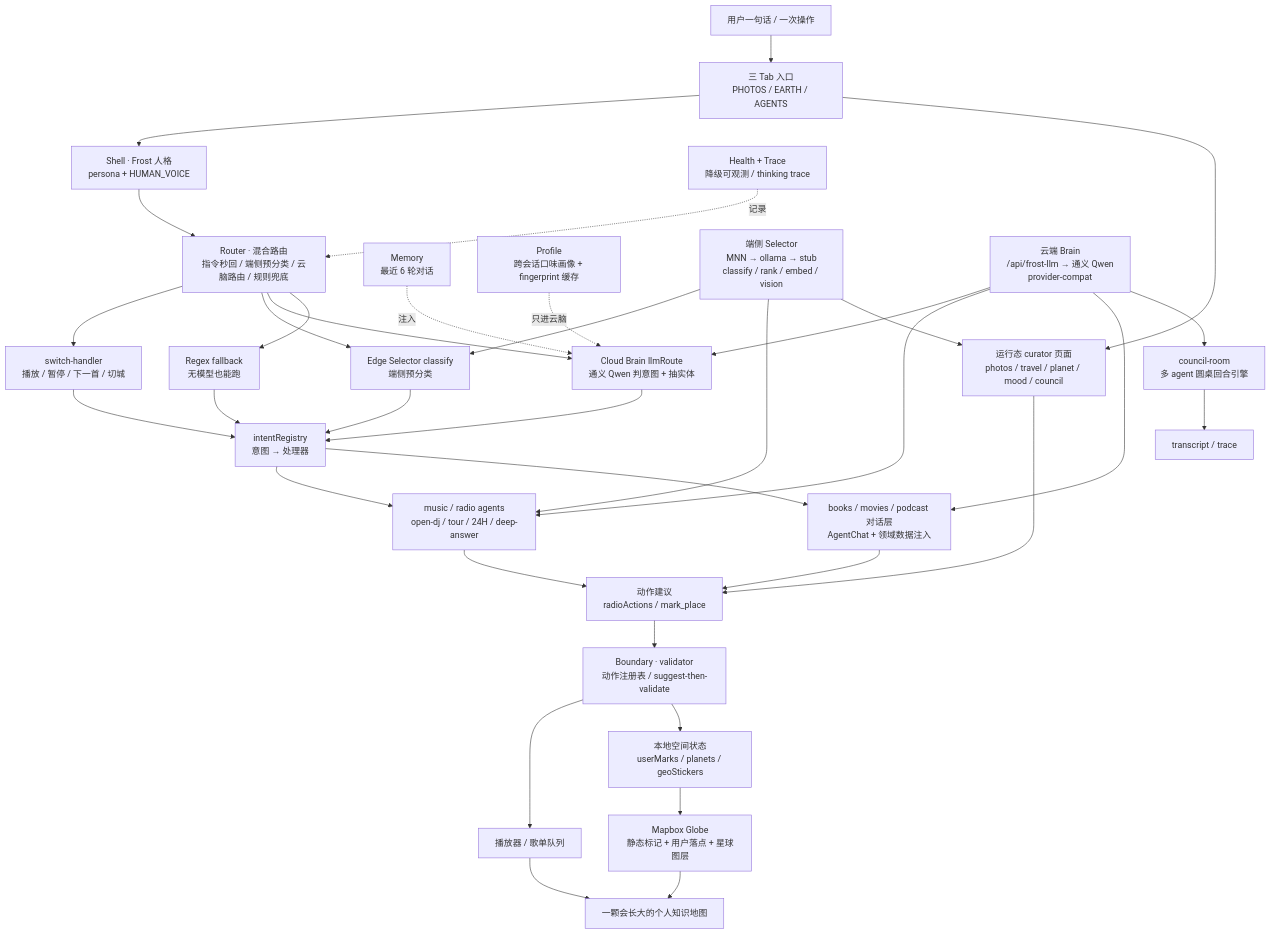
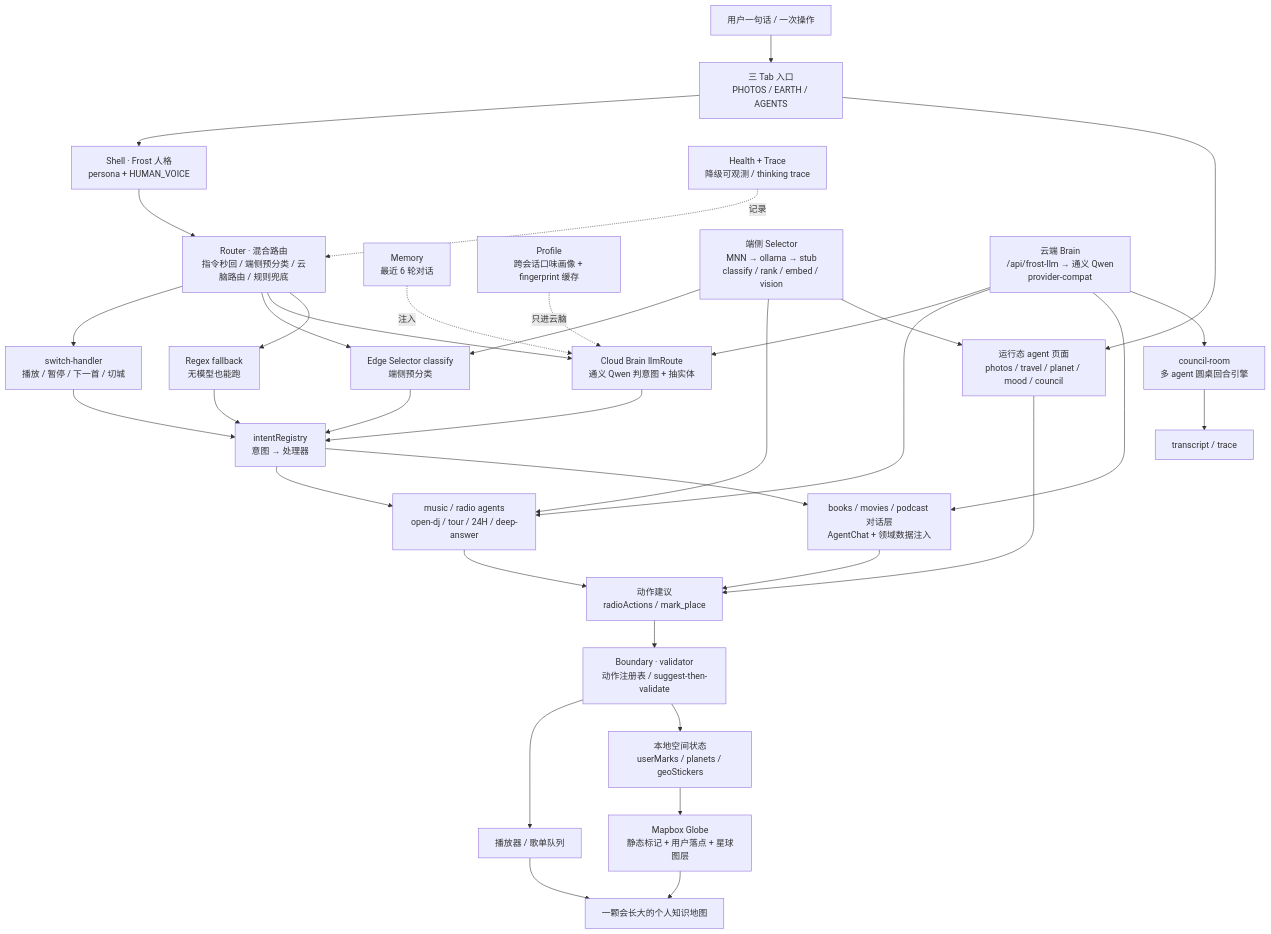
One commit to narratorzhang0307/Pocket-Earth-Plus changed the second of 2 diagrams in pocket-earth-agent-architecture-mermaid.md. Above: the diagram before and after it, drawn with Mermaid. The commit also changed other lines of this file and 50 other files, not shown here.

First line of the commit message:
[Plus] 全栈把 curator 改名为 agent：代码/组件/函数/事件类型/文档/UI/PPT 一律 agent，不再出现 curator

````diff
--- a/pocket-earth-agent-architecture-mermaid.md
+++ b/pocket-earth-agent-architecture-mermaid.md
@@ -38,47 +38,47 @@
 ```mermaid
 flowchart TD
     USER["用户一句话 / 一次操作"] --> UI["三 Tab 入口<br/>PHOTOS / EARTH / AGENTS"]
 
     UI --> SHELL["Shell · Frost 人格<br/>persona + HUMAN_VOICE"]
     SHELL --> ROUTER["Router · 混合路由<br/>指令秒回 / 端侧预分类 / 云脑路由 / 规则兜底"]
 
     ROUTER --> FAST["switch-handler<br/>播放 / 暂停 / 下一首 / 切城"]
     ROUTER --> EDGE_ROUTE["Edge Selector classify<br/>端侧预分类"]
     ROUTER --> CLOUD_ROUTE["Cloud Brain llmRoute<br/>通义 Qwen 判意图 + 抽实体"]
     ROUTER --> REGEX["Regex fallback<br/>无模型也能跑"]
 
     MEMORY["Memory<br/>最近 6 轮对话"] -.注入.-> CLOUD_ROUTE
     PROFILE["Profile<br/>跨会话口味画像 + fingerprint 缓存"] -.只进云脑.-> CLOUD_ROUTE
     HEALTH["Health + Trace<br/>降级可观测 / thinking trace"] -.记录.-> ROUTER
 
     EDGE["端侧 Selector<br/>MNN → ollama → stub<br/>classify / rank / embed / vision"] --> EDGE_ROUTE
     BRAIN["云端 Brain<br/>/api/frost-llm → 通义 Qwen<br/>provider-compat"] --> CLOUD_ROUTE
 
     FAST --> REGISTRY["intentRegistry<br/>意图 → 处理器"]
     EDGE_ROUTE --> REGISTRY
     CLOUD_ROUTE --> REGISTRY
     REGEX --> REGISTRY
 
     REGISTRY --> MUSIC["music / radio agents<br/>open-dj / tour / 24H / deep-answer"]
     REGISTRY --> CHAT["books / movies / podcast 对话层<br/>AgentChat + 领域数据注入"]
-    UI --> RUNPAGES["运行态 curator 页面<br/>photos / travel / planet / mood / council"]
+    UI --> RUNPAGES["运行态 agent 页面<br/>photos / travel / planet / mood / council"]
 
     EDGE --> MUSIC
     EDGE --> RUNPAGES
     BRAIN --> MUSIC
     BRAIN --> CHAT
     BRAIN --> COUNCIL["council-room<br/>多 agent 圆桌回合引擎"]
 
     MUSIC --> ACTIONS["动作建议<br/>radioActions / mark_place"]
     CHAT --> ACTIONS
     RUNPAGES --> ACTIONS
     COUNCIL --> TRACE_OUT["transcript / trace"]
 
     ACTIONS --> BOUNDARY["Boundary · validator<br/>动作注册表 / suggest-then-validate"]
     BOUNDARY --> PLAYER["播放器 / 歌单队列"]
     BOUNDARY --> STORES["本地空间状态<br/>userMarks / planets / geoStickers"]
 
     STORES --> MAP["Mapbox Globe<br/>静态标记 + 用户落点 + 星球图层"]
     MAP --> RESULT["一颗会长大的个人知识地图"]
     PLAYER --> RESULT
 ```
````
